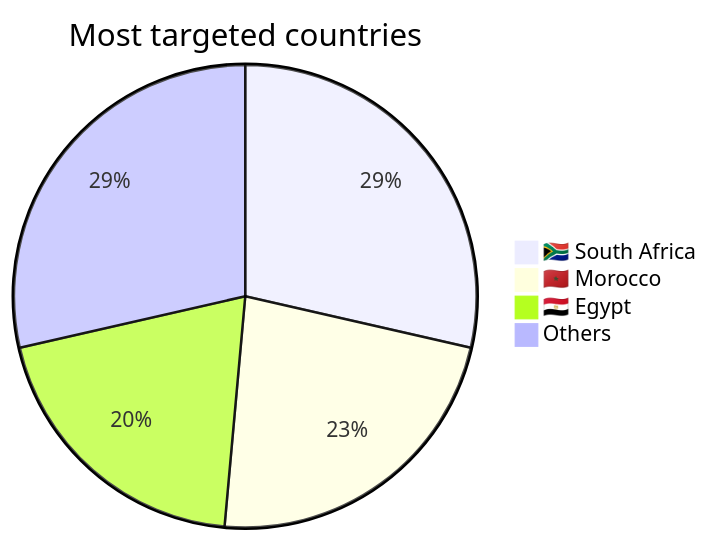
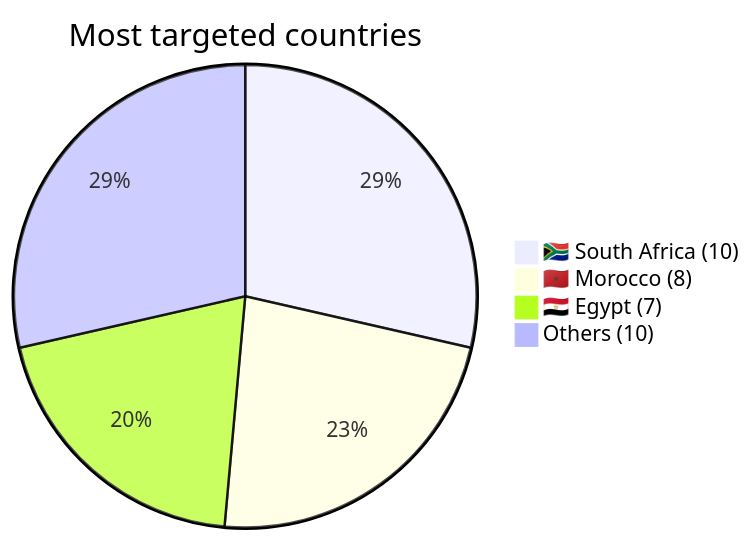
Before and after one commit to Hatchepsoute/AFRINTEL: the second of 9 diagrams in reports/2026/03-march/README.md, drawn with Mermaid. The commit also changed other lines of this file and 1 other file, not shown here.

Commit message:
CTI Report - Cyberattacks in Africa (March 2026)

````diff
--- a/reports/2026/03-march/README.md
+++ b/reports/2026/03-march/README.md
@@ -54,8 +54,8 @@
 ```mermaid
 pie
     title Most targeted countries
-    "🇿🇦 South Africa" : 10
-    "🇲🇦 Morocco" : 8
-    "🇪🇬 Egypt" : 7
-    "Others" : 10
+    "🇿🇦 South Africa (10)" : 10
+    "🇲🇦 Morocco (8)" : 8
+    "🇪🇬 Egypt (7)" : 7
+    "Others (10)" : 10
 ```
````
